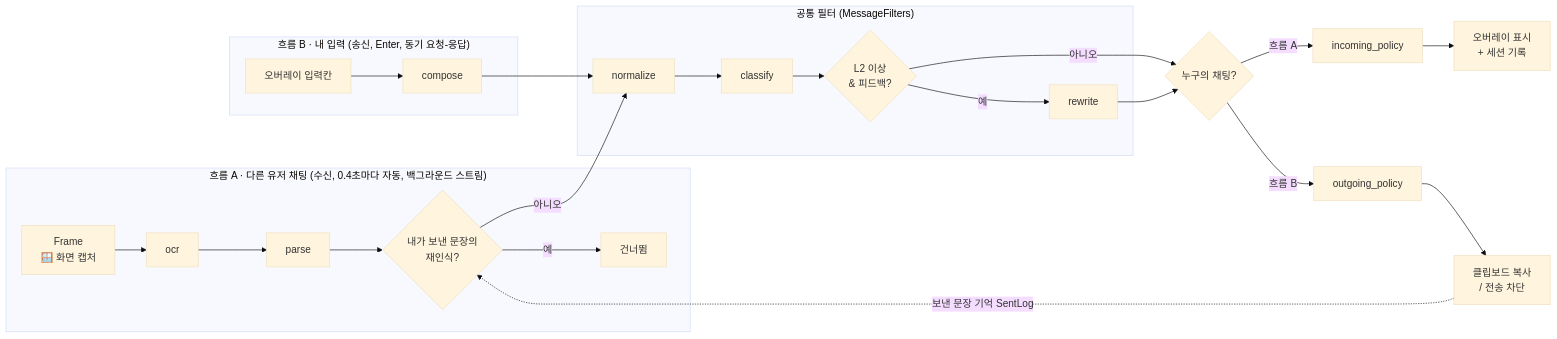
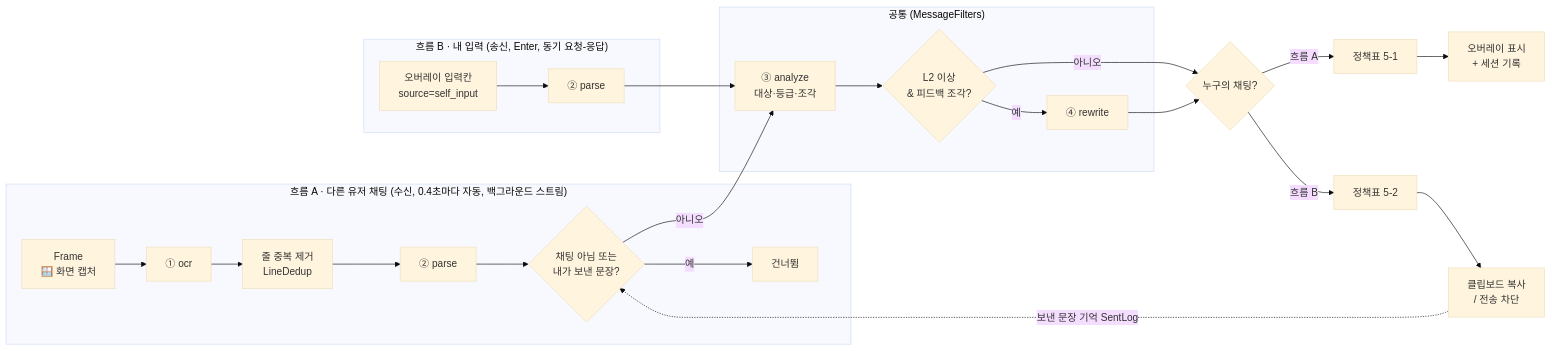
One commit to makerspaceSiwoo/clean-chat changed the first of 2 diagrams in docs/ARCHITECTURE.md. Above: the diagram before and after it, drawn with Mermaid (base theme). The commit also changed other lines of this file and 185 other files, not shown here.

````diff
--- a/docs/ARCHITECTURE.md
+++ b/docs/ARCHITECTURE.md
@@ -43,22 +42,22 @@
 ```mermaid
 flowchart LR
     subgraph A["흐름 A · 다른 유저 채팅 (수신, 0.4초마다 자동, 백그라운드 스트림)"]
-        F[Frame<br/>🪟 화면 캡처] --> OCR[ocr] --> P[parse]
-        P --> ECHO{내가 보낸 문장의<br/>재인식?}
+        F[Frame<br/>🪟 화면 캡처] --> OCR[① ocr] --> DD[줄 중복 제거<br/>LineDedup] --> P[② parse]
+        P --> ECHO{채팅 아님 또는<br/>내가 보낸 문장?}
         ECHO -- 예 --> SKIP[건너뜀]
     end
     subgraph B["흐름 B · 내 입력 (송신, Enter, 동기 요청-응답)"]
-        T[오버레이 입력칸] --> C[compose]
+        T[오버레이 입력칸<br/>source=self_input] --> PB[② parse]
     end
-    subgraph COMMON["공통 필터 (MessageFilters)"]
-        N[normalize] --> CL[classify] --> RW{L2 이상<br/>& 피드백?}
-        RW -- 예 --> R[rewrite]
+    subgraph COMMON["공통 (MessageFilters)"]
+        AN[③ analyze<br/>대상·등급·조각] --> RW{L2 이상<br/>& 피드백 조각?}
+        RW -- 예 --> R[④ rewrite]
     end
-    ECHO -- 아니오 --> N
-    C --> N
+    ECHO -- 아니오 --> AN
+    PB --> AN
     RW -- 아니오 --> POL
     R --> POL
-    POL{누구의 채팅?} -- 흐름 A --> IP[incoming_policy] --> OUTA[오버레이 표시<br/>+ 세션 기록]
-    POL -- 흐름 B --> OP[outgoing_policy] --> OUTB[클립보드 복사<br/>/ 전송 차단]
+    POL{누구의 채팅?} -- 흐름 A --> IP[정책표 5-1] --> OUTA[오버레이 표시<br/>+ 세션 기록]
+    POL -- 흐름 B --> OP[정책표 5-2] --> OUTB[클립보드 복사<br/>/ 전송 차단]
     OUTB -. 보낸 문장 기억 SentLog .-> ECHO
 ```
````
